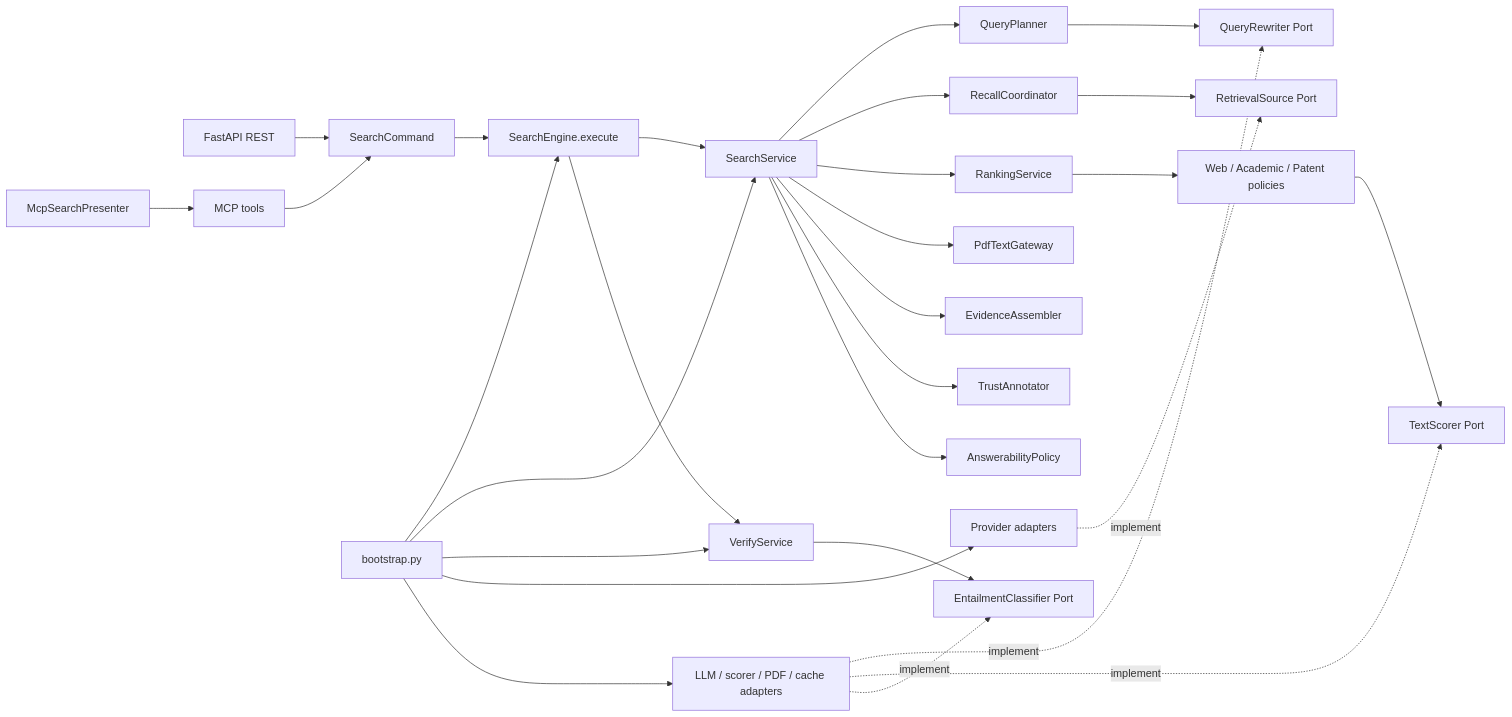
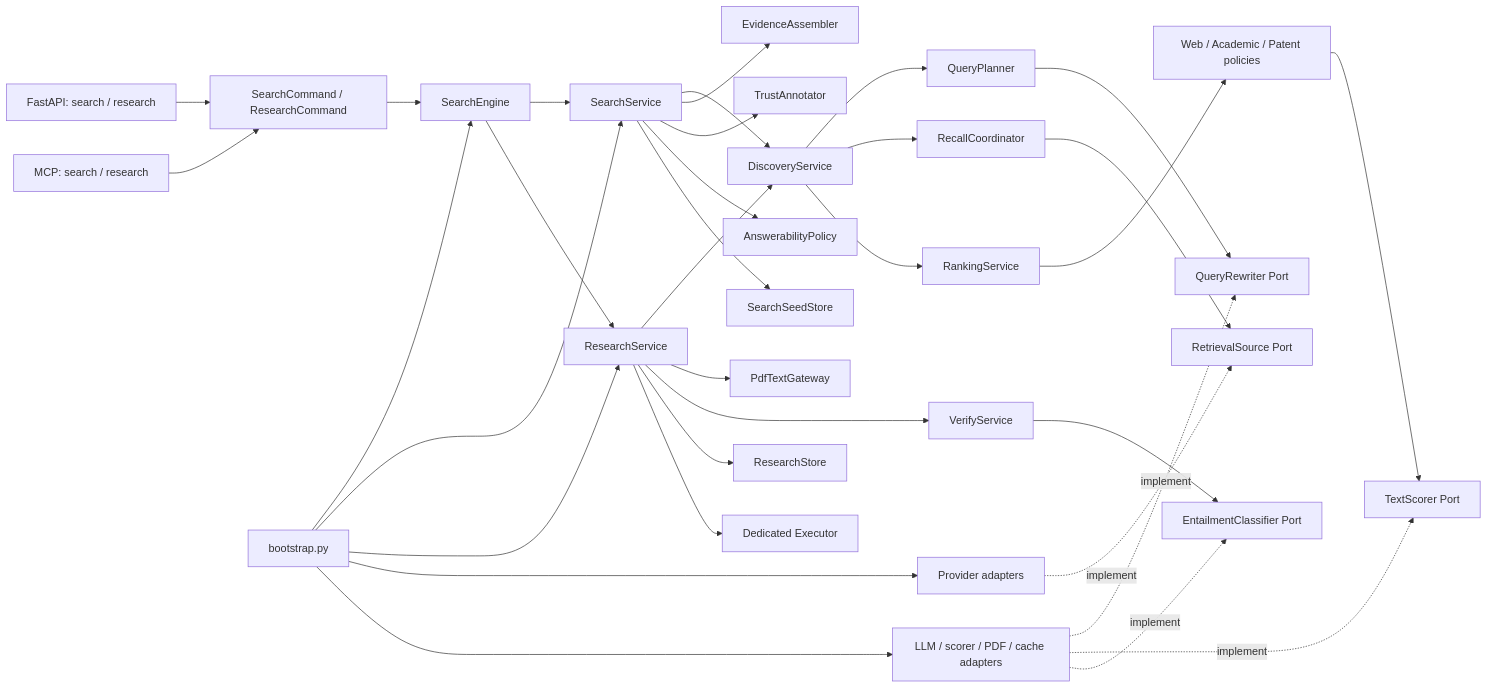
Before and after one commit to hhhwor/tavily: the diagram in docs/architecture-decoupling-design.md, drawn with Mermaid. The commit also changed other lines of this file and 58 other files, not shown here.

Commit message:
feat: consolidate search and research APIs

````diff
--- a/docs/architecture-decoupling-design.md
+++ b/docs/architecture-decoupling-design.md
@@ -57,34 +57,40 @@
 ```mermaid
 flowchart LR
-    REST[FastAPI REST] --> CMD[SearchCommand]
-    MCP[MCP tools] --> CMD
-    CMD --> FACADE[SearchEngine.execute]
+    REST[FastAPI: search / research] --> CMD[SearchCommand / ResearchCommand]
+    MCP[MCP: search / research] --> CMD
+    CMD --> FACADE[SearchEngine]
     FACADE --> SEARCH[SearchService]
-    FACADE --> VERIFY[VerifyService]
+    FACADE --> RESEARCH[ResearchService]
 
-    SEARCH --> PLAN[QueryPlanner]
-    SEARCH --> RECALL[RecallCoordinator]
-    SEARCH --> RANK[RankingService]
-    SEARCH --> PDF[PdfTextGateway]
+    SEARCH --> DISCOVERY[DiscoveryService]
+    DISCOVERY --> PLAN[QueryPlanner]
+    DISCOVERY --> RECALL[RecallCoordinator]
+    DISCOVERY --> RANK[RankingService]
     SEARCH --> EVIDENCE[EvidenceAssembler]
     SEARCH --> TRUST[TrustAnnotator]
     SEARCH --> ANSWER[AnswerabilityPolicy]
+    SEARCH --> SEED[SearchSeedStore]
+
+    RESEARCH --> DISCOVERY
+    RESEARCH --> PDF[PdfTextGateway]
+    RESEARCH --> VERIFY[VerifyService]
+    RESEARCH --> TASKS[ResearchStore]
+    RESEARCH --> WORKER[Dedicated Executor]
 
     PLAN --> REWRITE_PORT[QueryRewriter Port]
     RECALL --> RETRIEVAL_PORT[RetrievalSource Port]
     RANK --> POLICIES[Web / Academic / Patent policies]
     POLICIES --> SCORER_PORT[TextScorer Port]
     VERIFY --> ENTAIL_PORT[EntailmentClassifier Port]
 
     PROVIDERS[Provider adapters] -. implement .-> RETRIEVAL_PORT
     ADAPTERS[LLM / scorer / PDF / cache adapters] -. implement .-> REWRITE_PORT
     ADAPTERS -. implement .-> SCORER_PORT
     ADAPTERS -. implement .-> ENTAIL_PORT
 
-    PRESENTER[McpSearchPresenter] --> MCP
     BOOT[bootstrap.py] --> FACADE
     BOOT --> SEARCH
-    BOOT --> VERIFY
+    BOOT --> RESEARCH
     BOOT --> PROVIDERS
     BOOT --> ADAPTERS
 ```
````
